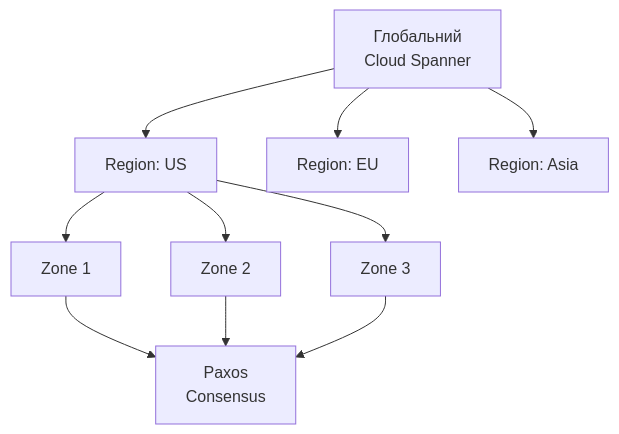
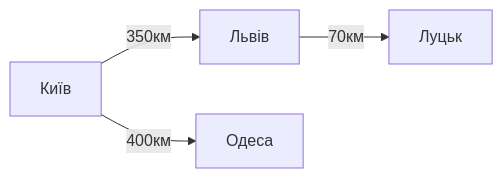
Before and after one commit to olroi421/course-bd: the third of 6 diagrams in presentations/presentation-15.md, drawn with Mermaid. The commit also changed other lines of this file and 26 other files, not shown here.

````diff
--- a/presentations/presentation-15.md
+++ b/presentations/presentation-15.md
@@ -410,12 +60,6 @@
 ```mermaid
-graph TB
-    A[Глобальний<br/>Cloud Spanner] --> B[Region: US]
-    A --> C[Region: EU]
-    A --> D[Region: Asia]
-
-    B --> E[Zone 1]
-    B --> F[Zone 2]
-    B --> G[Zone 3]
-
-    E & F & G --> H[Paxos<br/>Consensus]
+graph LR
+    A[Київ] -->|350км| B[Львів]
+    B -->|70км| C[Луцьк]
+    A -->|400км| D[Одеса]
 ```
````
